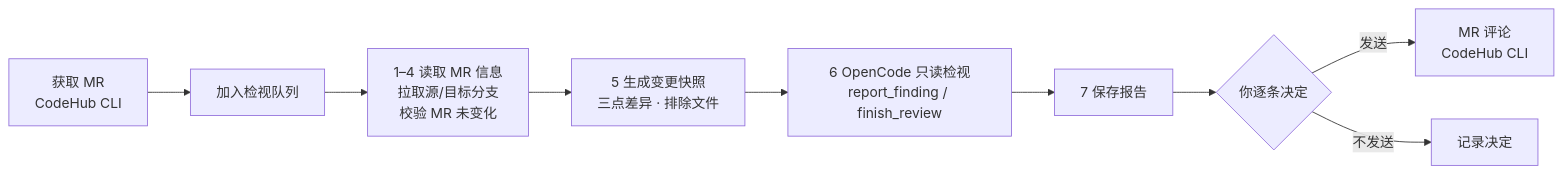
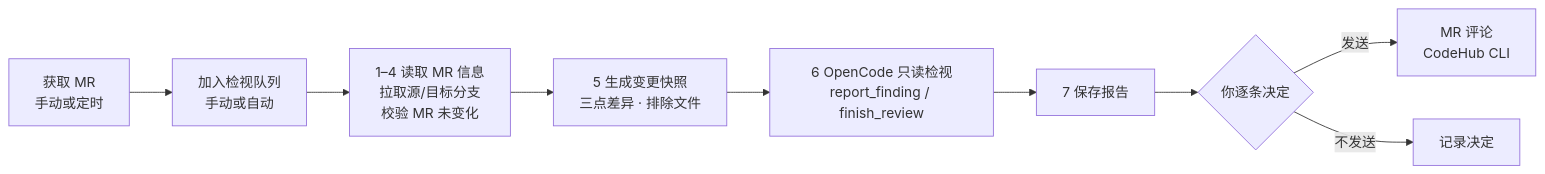
The diagram in README.md (BlackLotusAL/ReviewX), drawn with Mermaid before and after one commit. The commit also changed other lines of this file and 6 other files, not shown here.

First line of the commit message:
README：补充自动化与设置页说明，更新配置项与截图

````diff
--- a/README.md
+++ b/README.md
@@ -134,11 +148,11 @@
 ```mermaid
 flowchart LR
-  A[获取 MR<br/>CodeHub CLI] --> B[加入检视队列]
+  A[获取 MR<br/>手动或定时] --> B[加入检视队列<br/>手动或自动]
   B --> C[1–4 读取 MR 信息<br/>拉取源/目标分支<br/>校验 MR 未变化]
   C --> D[5 生成变更快照<br/>三点差异 · 排除文件]
   D --> E[6 OpenCode 只读检视<br/>report_finding / finish_review]
   E --> F[7 保存报告]
   F --> G{你逐条决定}
   G -->|发送| H[MR 评论<br/>CodeHub CLI]
   G -->|不发送| I[记录决定]
 ```
````
